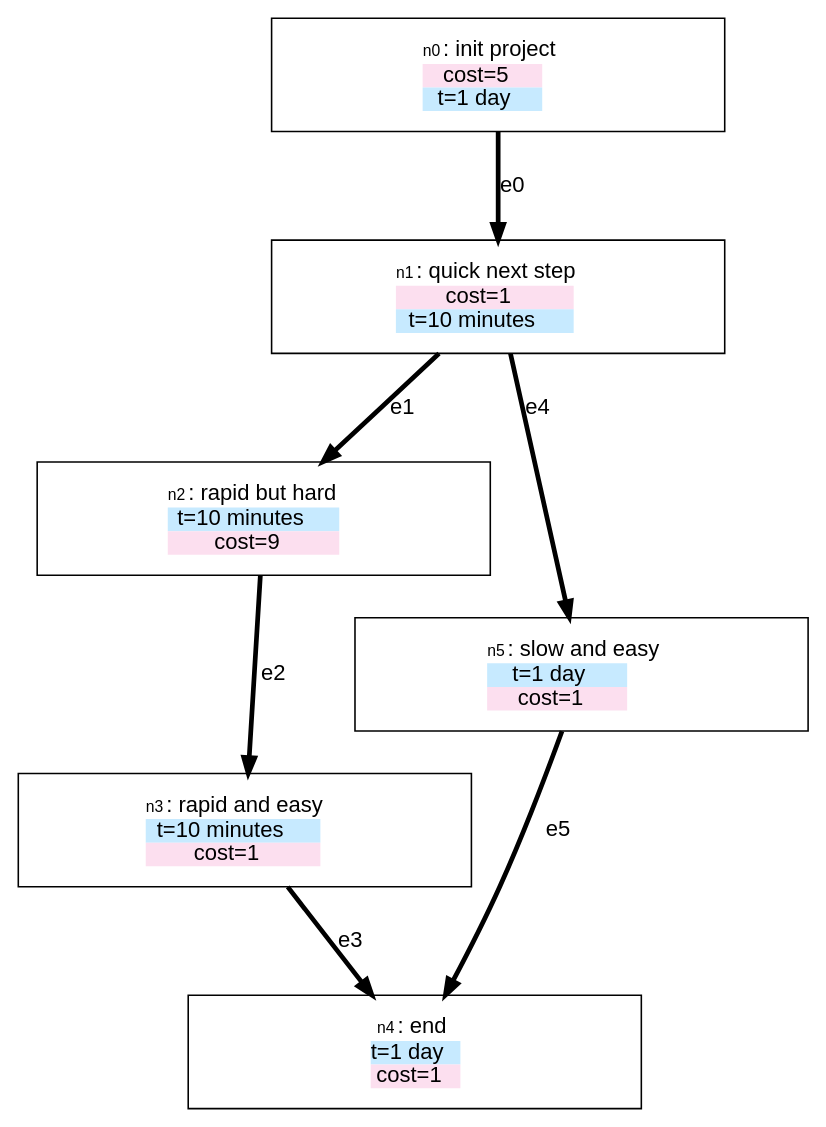
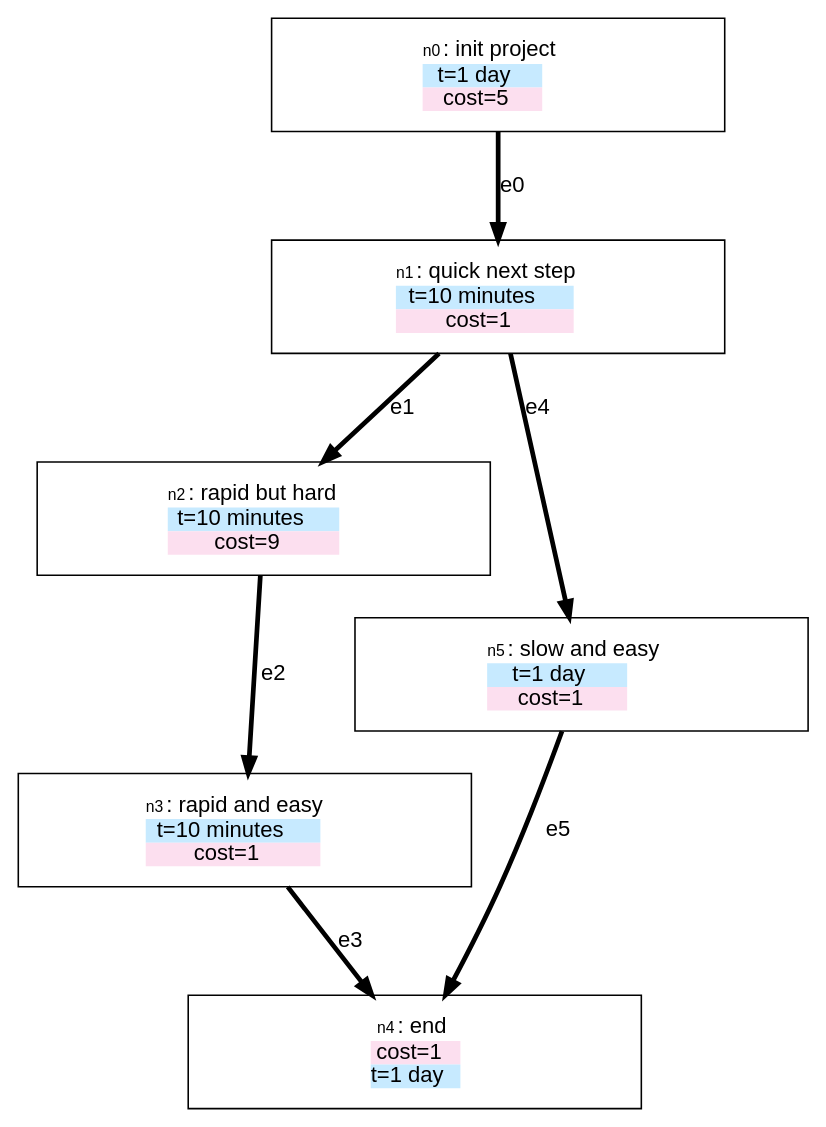
The diagram in examples/variables.dot (stevecooperorg/microdot), drawn with Graphviz before and after one commit. The commit also changed other lines of this file and 3 other files, not shown here.

```diff
--- a/examples/variables.dot
+++ b/examples/variables.dot
@@ -1,117 +1,117 @@
 digraph {
 
     graph [fontname = "helvetica" rankdir="TB" ranksep=0.75 nodesep=0.5];
     node [fontname = "helvetica" shape = "box" width=2.5 style=filled];
     edge [fontname = "helvetica" penwidth=3 color="#000000"];
 
     n0 [width=4 height=1 label=< <TABLE BORDER="0" CELLPADDING="0" CELLSPACING="0">
     <TR>
         <TD COLSPAN="2"><FONT POINT-SIZE="10">n0</FONT>: init project</TD>
     </TR>
     
         
            <TR>
-<TD BGCOLOR="#FCDFEF"><FONT COLOR="#000000">cost=5</FONT></TD>
+<TD BGCOLOR="#C7EAFF"><FONT COLOR="#000000">t=1 day</FONT></TD>
 </TR>
         
            <TR>
-<TD BGCOLOR="#C7EAFF"><FONT COLOR="#000000">t=1 day</FONT></TD>
+<TD BGCOLOR="#FCDFEF"><FONT COLOR="#000000">cost=5</FONT></TD>
 </TR>
         
     
    </TABLE>
 > fillcolor="#FFFFFF"]
     n1 [width=4 height=1 label=< <TABLE BORDER="0" CELLPADDING="0" CELLSPACING="0">
     <TR>
         <TD COLSPAN="2"><FONT POINT-SIZE="10">n1</FONT>: quick next step</TD>
     </TR>
     
         
            <TR>
-<TD BGCOLOR="#FCDFEF"><FONT COLOR="#000000">cost=1</FONT></TD>
+<TD BGCOLOR="#C7EAFF"><FONT COLOR="#000000">t=10 minutes</FONT></TD>
 </TR>
         
            <TR>
-<TD BGCOLOR="#C7EAFF"><FONT COLOR="#000000">t=10 minutes</FONT></TD>
+<TD BGCOLOR="#FCDFEF"><FONT COLOR="#000000">cost=1</FONT></TD>
 </TR>
         
     
    </TABLE>
 > fillcolor="#FFFFFF"]
     n2 [width=4 height=1 label=< <TABLE BORDER="0" CELLPADDING="0" CELLSPACING="0">
     <TR>
         <TD COLSPAN="2"><FONT POINT-SIZE="10">n2</FONT>: rapid but hard</TD>
     </TR>
     
         
            <TR>
 <TD BGCOLOR="#C7EAFF"><FONT COLOR="#000000">t=10 minutes</FONT></TD>
 </TR>
         
            <TR>
 <TD BGCOLOR="#FCDFEF"><FONT COLOR="#000000">cost=9</FONT></TD>
 </TR>
         
     
    </TABLE>
 > fillcolor="#FFFFFF"]
     n3 [width=4 height=1 label=< <TABLE BORDER="0" CELLPADDING="0" CELLSPACING="0">
     <TR>
         <TD COLSPAN="2"><FONT POINT-SIZE="10">n3</FONT>: rapid and easy</TD>
     </TR>
     
         
            <TR>
 <TD BGCOLOR="#C7EAFF"><FONT COLOR="#000000">t=10 minutes</FONT></TD>
 </TR>
         
            <TR>
 <TD BGCOLOR="#FCDFEF"><FONT COLOR="#000000">cost=1</FONT></TD>
 </TR>
         
     
    </TABLE>
 > fillcolor="#FFFFFF"]
     n4 [width=4 height=1 label=< <TABLE BORDER="0" CELLPADDING="0" CELLSPACING="0">
     <TR>
         <TD COLSPAN="2"><FONT POINT-SIZE="10">n4</FONT>: end</TD>
     </TR>
     
         
            <TR>
-<TD BGCOLOR="#C7EAFF"><FONT COLOR="#000000">t=1 day</FONT></TD>
+<TD BGCOLOR="#FCDFEF"><FONT COLOR="#000000">cost=1</FONT></TD>
 </TR>
         
            <TR>
-<TD BGCOLOR="#FCDFEF"><FONT COLOR="#000000">cost=1</FONT></TD>
+<TD BGCOLOR="#C7EAFF"><FONT COLOR="#000000">t=1 day</FONT></TD>
 </TR>
         
     
    </TABLE>
 > fillcolor="#FFFFFF"]
     n5 [width=4 height=1 label=< <TABLE BORDER="0" CELLPADDING="0" CELLSPACING="0">
     <TR>
         <TD COLSPAN="2"><FONT POINT-SIZE="10">n5</FONT>: slow and easy</TD>
     </TR>
     
         
            <TR>
 <TD BGCOLOR="#C7EAFF"><FONT COLOR="#000000">t=1 day</FONT></TD>
 </TR>
         
            <TR>
 <TD BGCOLOR="#FCDFEF"><FONT COLOR="#000000">cost=1</FONT></TD>
 </TR>
         
     
    </TABLE>
 > fillcolor="#FFFFFF"]
 
     "n0" -> "n1" [label="e0"];
     "n1" -> "n2" [label="e1"];
     "n2" -> "n3" [label="e2"];
     "n3" -> "n4" [label="e3"];
     "n1" -> "n5" [label="e4"];
     "n5" -> "n4" [label="e5"];
 
 }
```
